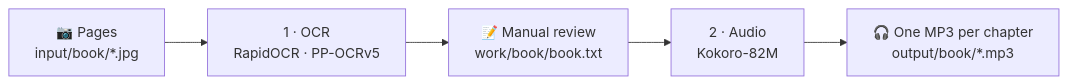
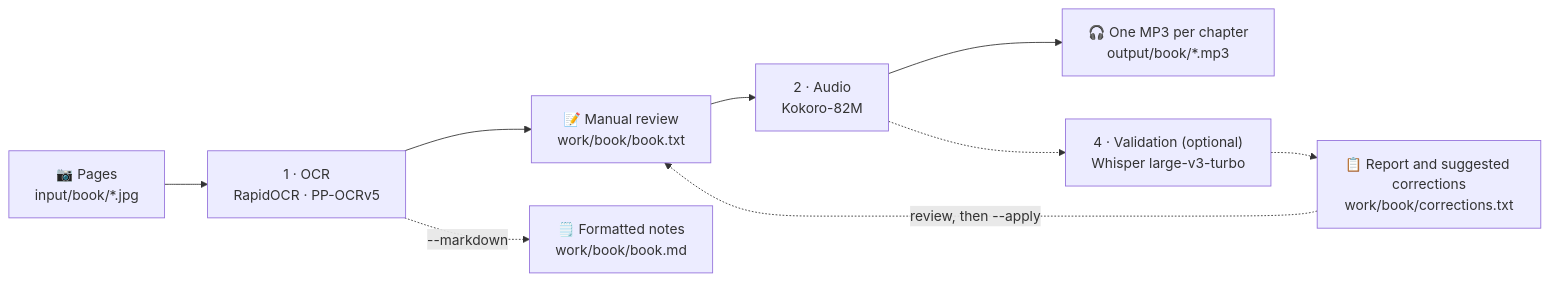
One commit to ZappaGit/fromBookToAudio changed the diagram in README.md. Above: the diagram before and after it, drawn with Mermaid. The commit also changed other lines of this file and 7 other files, not shown here.

First line of the commit message:
Add Whisper validation, Markdown output and one document per image

````diff
--- a/README.md
+++ b/README.md
@@ -16,7 +16,11 @@
 ```mermaid
 flowchart LR
     A["📷 Pages<br/>input/book/*.jpg"] --> B["1 · OCR<br/>RapidOCR · PP-OCRv5"]
     B --> C["📝 Manual review<br/>work/book/book.txt"]
+    B -.->|"--markdown"| H["🗒️ Formatted notes<br/>work/book/book.md"]
     C --> D["2 · Audio<br/>Kokoro-82M"]
     D --> E["🎧 One MP3 per chapter<br/>output/book/*.mp3"]
+    D -.-> F["4 · Validation (optional)<br/>Whisper large-v3-turbo"]
+    F -.-> G["📋 Report and suggested corrections<br/>work/book/corrections.txt"]
+    G -.->|"review, then --apply"| C
 ```
````
